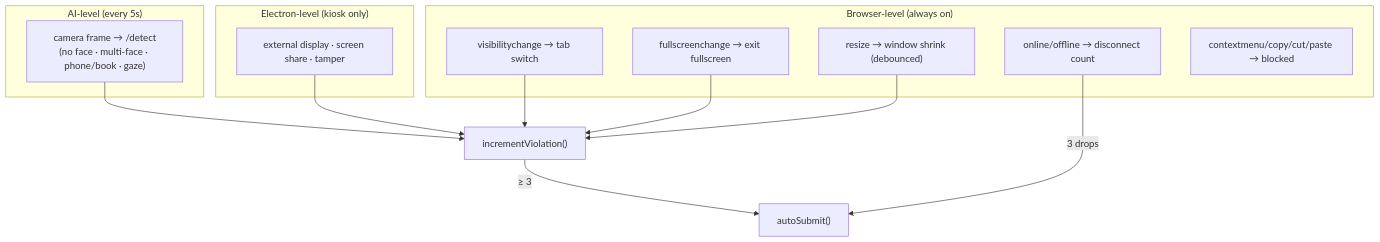
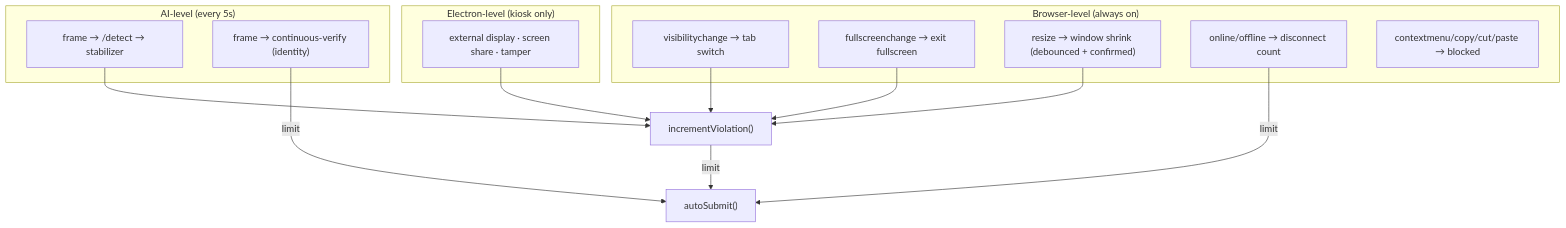
The third of 3 diagrams in README.md (stepupmark/letshyre-interview), drawn with Mermaid before and after one commit. The commit also changed other lines of this file, not shown here.

````diff
--- a/README.md
+++ b/README.md
@@ -162,20 +199,21 @@
 ```mermaid
 flowchart TB
     subgraph Browser["Browser-level (always on)"]
         VIS["visibilitychange → tab switch"]
         FS["fullscreenchange → exit fullscreen"]
-        RS["resize → window shrink (debounced)"]
+        RS["resize → window shrink (debounced + confirmed)"]
         NET["online/offline → disconnect count"]
         IN["contextmenu/copy/cut/paste → blocked"]
     end
     subgraph AI["AI-level (every 5s)"]
-        CVD["camera frame → /detect<br/>(no face · multi-face · phone/book · gaze)"]
+        CVD["frame → /detect → stabilizer"]
+        FACE["frame → continuous-verify (identity)"]
     end
     subgraph OS["Electron-level (kiosk only)"]
         EV["external display · screen share · tamper"]
     end
-    VIS & FS & RS & EV --> INC["incrementViolation()"]
-    CVD --> INC
-    INC -->|"≥ 3"| SUB["autoSubmit()"]
-    NET -->|"3 drops"| SUB
+    VIS & FS & RS & EV & CVD --> INC["incrementViolation()"]
+    INC -->|"limit"| SUB["autoSubmit()"]
+    NET -->|"limit"| SUB
+    FACE -->|"limit"| SUB
 ```
````
